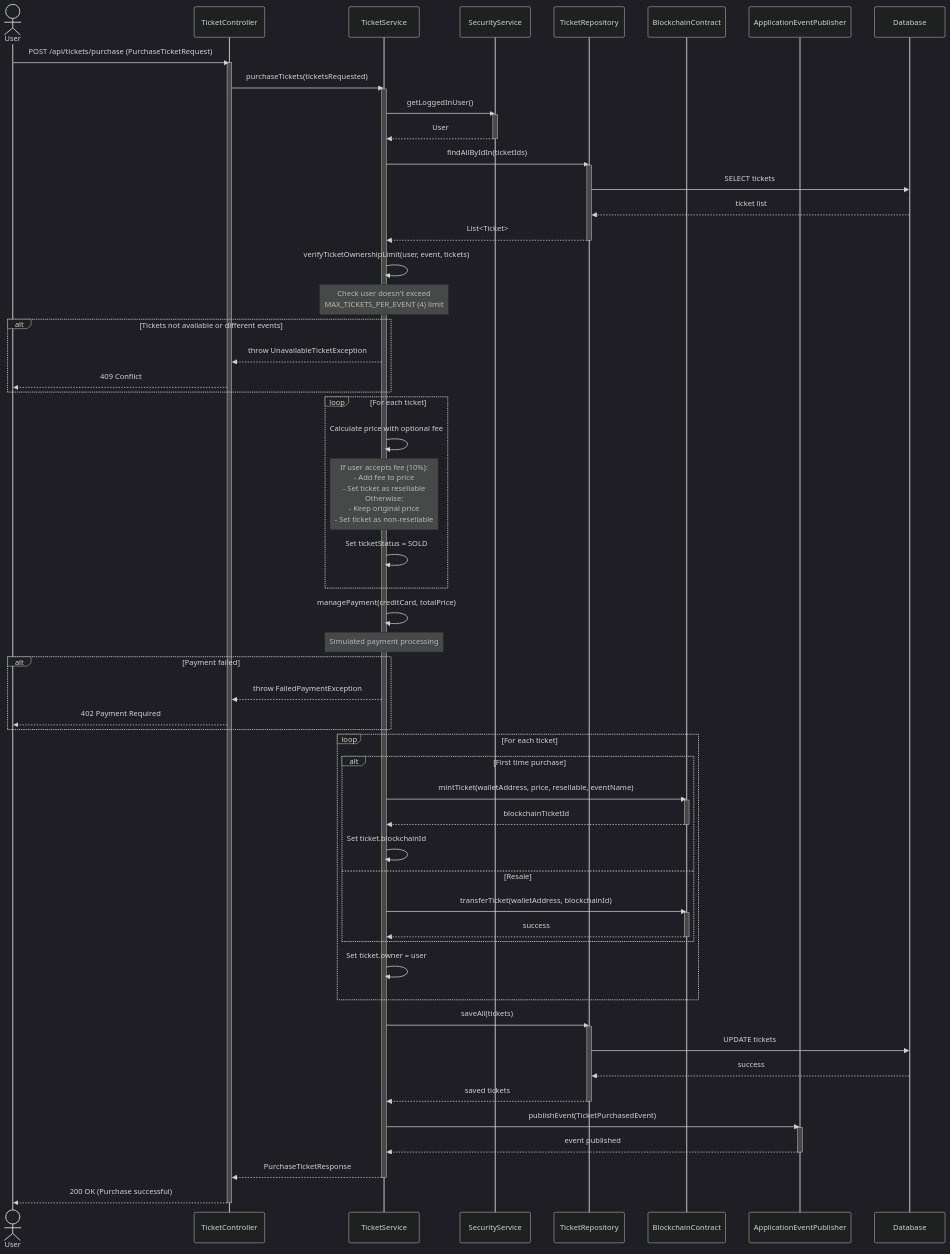
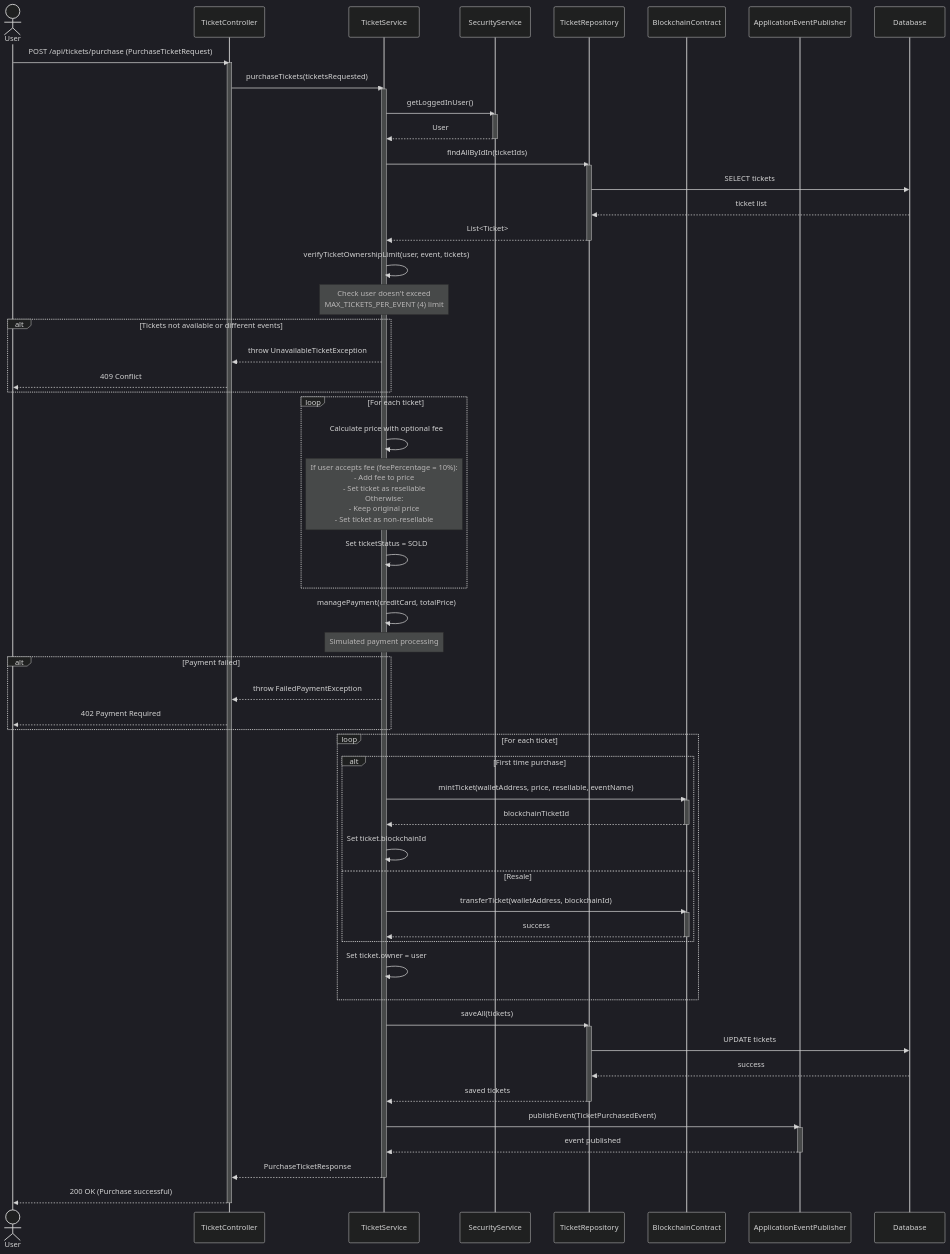
Before and after one commit to s-lusito/TicketBlock-Ing_Sw: the diagram in docs/sequence-ticket-purchase.md, drawn with Mermaid (dark theme). The commit also changed 2 other files, not shown here.

Commit message:
Fix documentation issues: remove broken link and clarify fee configuration

```diff
--- a/docs/sequence-ticket-purchase.md
+++ b/docs/sequence-ticket-purchase.md
@@ -41,7 +41,7 @@
     
     loop For each ticket
         Service->>Service: Calculate price with optional fee
-        Note over Service: If user accepts fee (10%):<br/>- Add fee to price<br/>- Set ticket as resellable<br/>Otherwise:<br/>- Keep original price<br/>- Set ticket as non-resellable
+        Note over Service: If user accepts fee (feePercentage = 10%):<br/>- Add fee to price<br/>- Set ticket as resellable<br/>Otherwise:<br/>- Keep original price<br/>- Set ticket as non-resellable
         Service->>Service: Set ticketStatus = SOLD
     end
     
```
